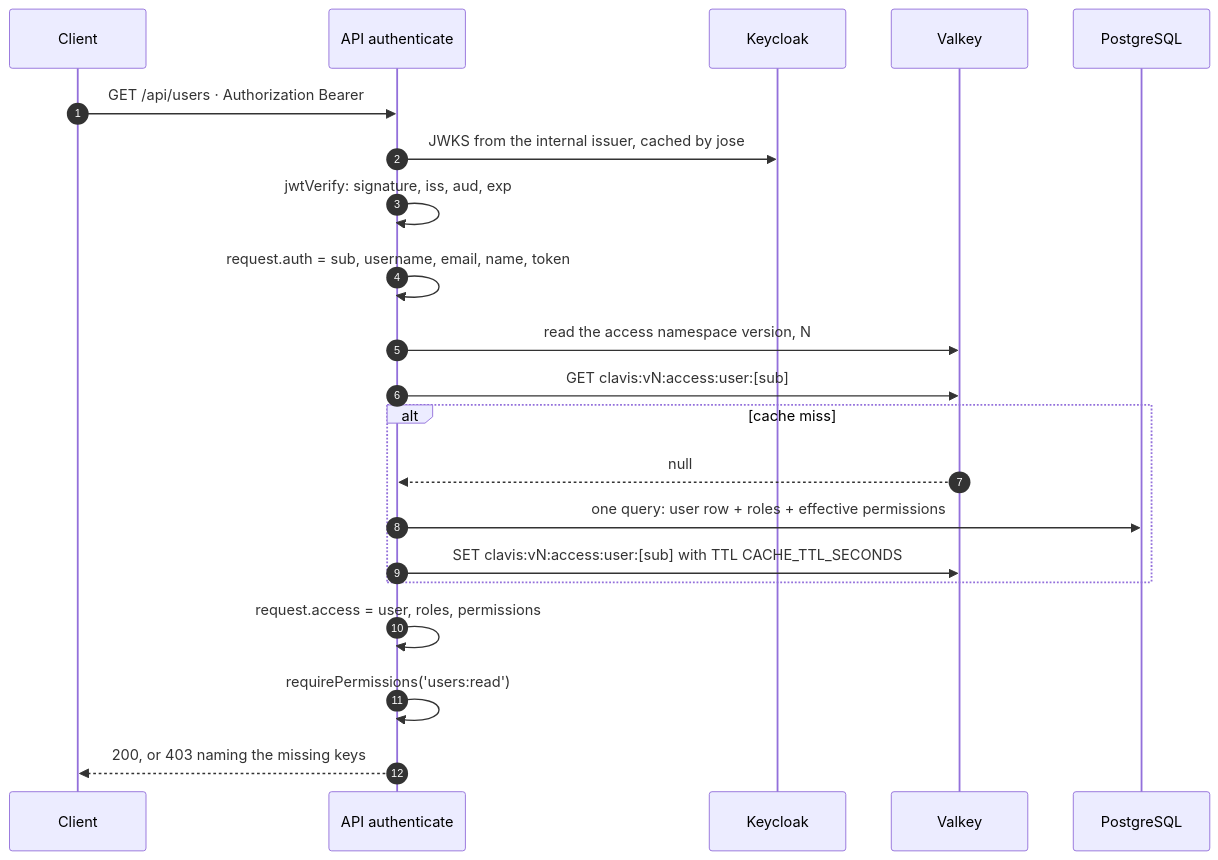
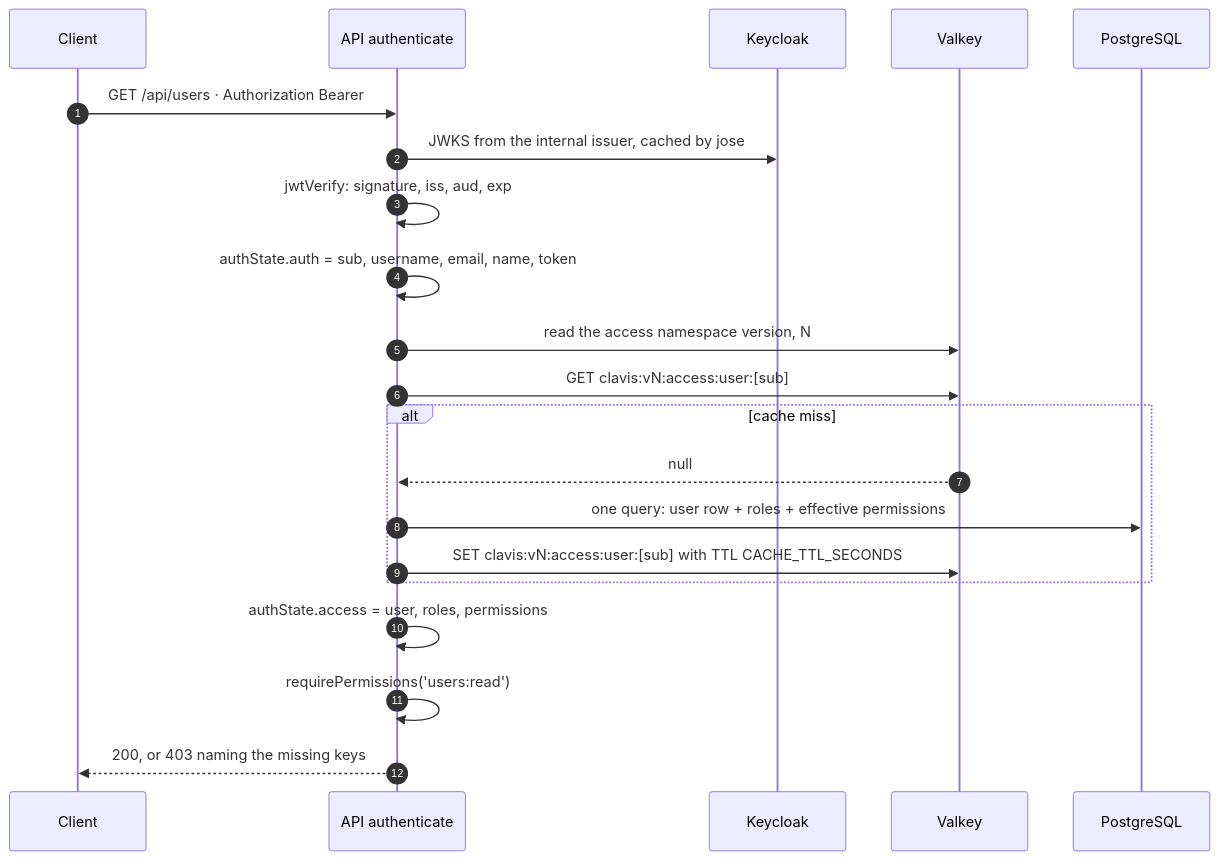
Before and after one commit to mapineda48/clavis: the third of 4 diagrams in docs/access-control.md, drawn with Mermaid. The commit also changed other lines of this file and 67 other files, not shown here.

First line of the commit message:
refactor: migrate the API to Express 5 behind a layered architecture

````diff
--- a/docs/access-control.md
+++ b/docs/access-control.md
@@ -325,24 +330,24 @@
 ```mermaid
 sequenceDiagram
     autonumber
     participant C as Client
     participant A as API authenticate
     participant K as Keycloak
     participant V as Valkey
     participant P as PostgreSQL
 
     C->>A: GET /api/users · Authorization Bearer
     A->>K: JWKS from the internal issuer, cached by jose
     A->>A: jwtVerify: signature, iss, aud, exp
-    A->>A: request.auth = sub, username, email, name, token
+    A->>A: authState.auth = sub, username, email, name, token
     A->>V: read the access namespace version, N
     A->>V: GET clavis:vN:access:user:[sub]
     alt cache miss
         V-->>A: null
         A->>P: one query: user row + roles + effective permissions
         A->>V: SET clavis:vN:access:user:[sub] with TTL CACHE_TTL_SECONDS
     end
-    A->>A: request.access = user, roles, permissions
+    A->>A: authState.access = user, roles, permissions
     A->>A: requirePermissions('users:read')
     A-->>C: 200, or 403 naming the missing keys
 ```
````
